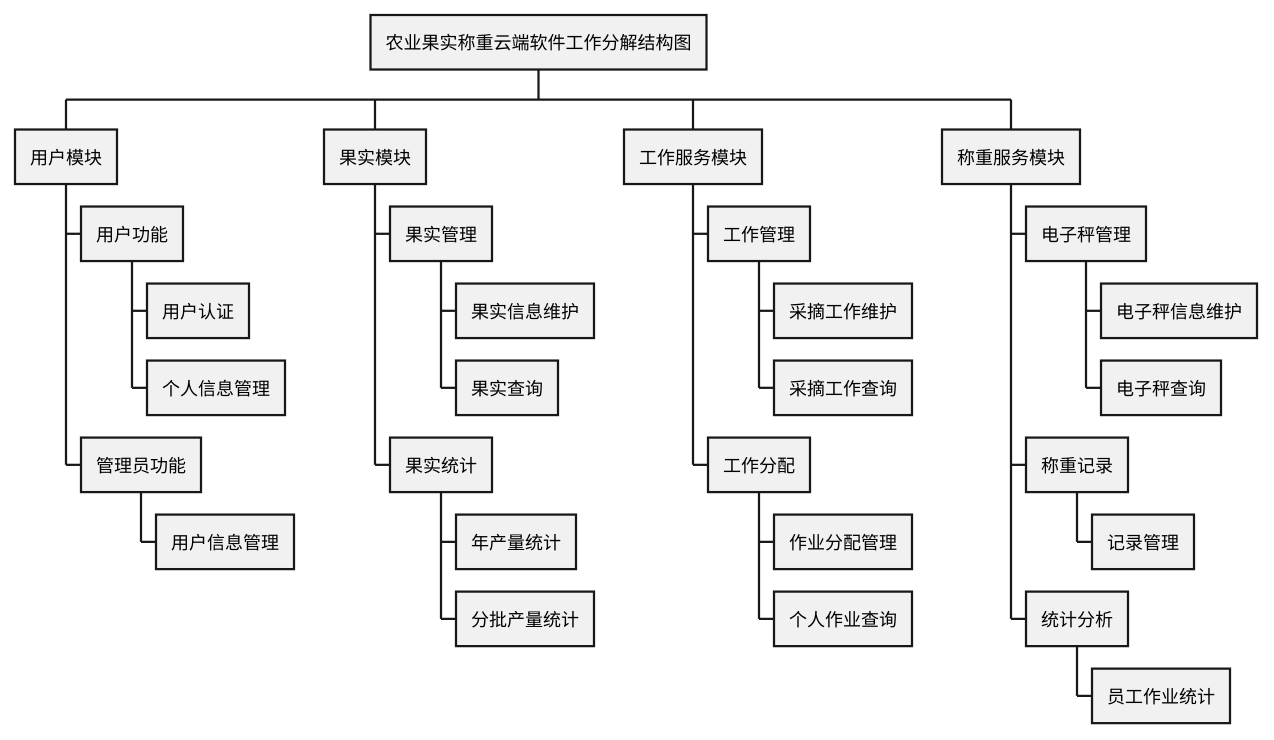
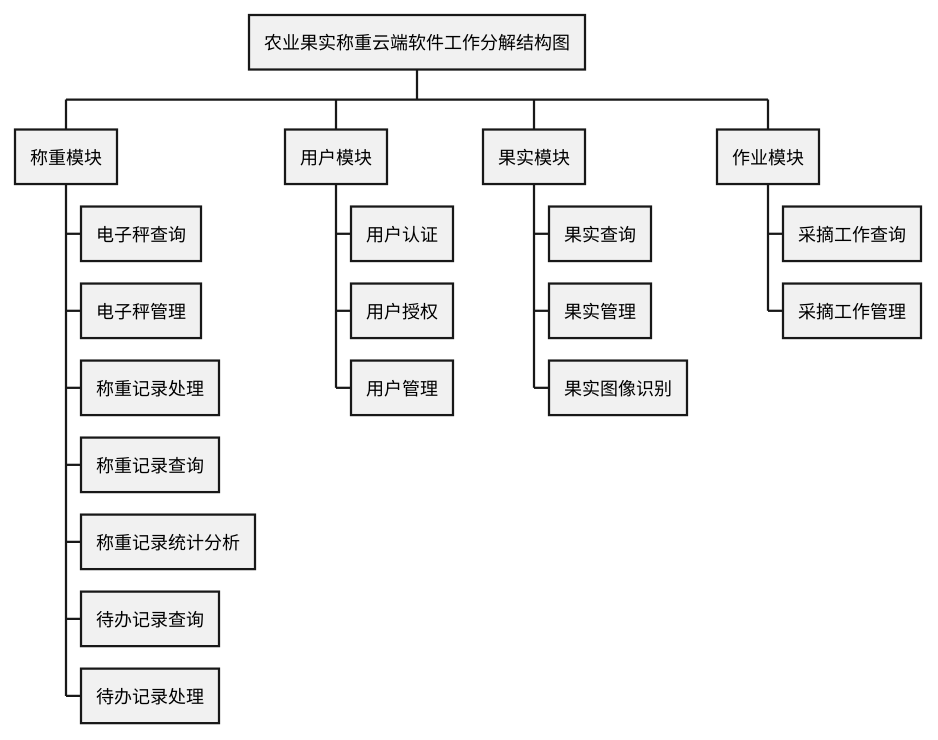
The diagram in design/工作分解结构图.puml (akynazh/aws), drawn with PlantUML before and after one commit. The commit also changed 11 other files, not shown here.

```diff
--- a/design/工作分解结构图.puml
+++ b/design/工作分解结构图.puml
@@ -1,36 +1,28 @@
 @startwbs
 * 农业果实称重云端软件工作分解结构图
 
+** 称重模块
+*** 电子秤查询
+*** 电子秤管理
+*** 称重记录处理
+*** 称重记录查询
+*** 称重记录统计分析
+*** 待办记录查询
+*** 待办记录处理
+
 ** 用户模块
-*** 用户功能
-**** 用户认证
-**** 个人信息管理
-*** 管理员功能
-**** 用户信息管理
+*** 用户认证
+*** 用户授权
+*** 用户管理
 
 ** 果实模块
+*** 果实查询
 *** 果实管理
-**** 果实信息维护
-**** 果实查询
-*** 果实统计
-**** 年产量统计
-**** 分批产量统计
+*** 果实图像识别
 
-** 工作服务模块
-*** 工作管理
-**** 采摘工作维护
-**** 采摘工作查询
-*** 工作分配
-**** 作业分配管理
-**** 个人作业查询
+** 作业模块
+*** 采摘工作查询
+*** 采摘工作管理
 
-** 称重服务模块
-*** 电子秤管理
-**** 电子秤信息维护
-**** 电子秤查询
-*** 称重记录
-**** 记录管理
-*** 统计分析
-**** 员工作业统计
 
 @endwbs
```
